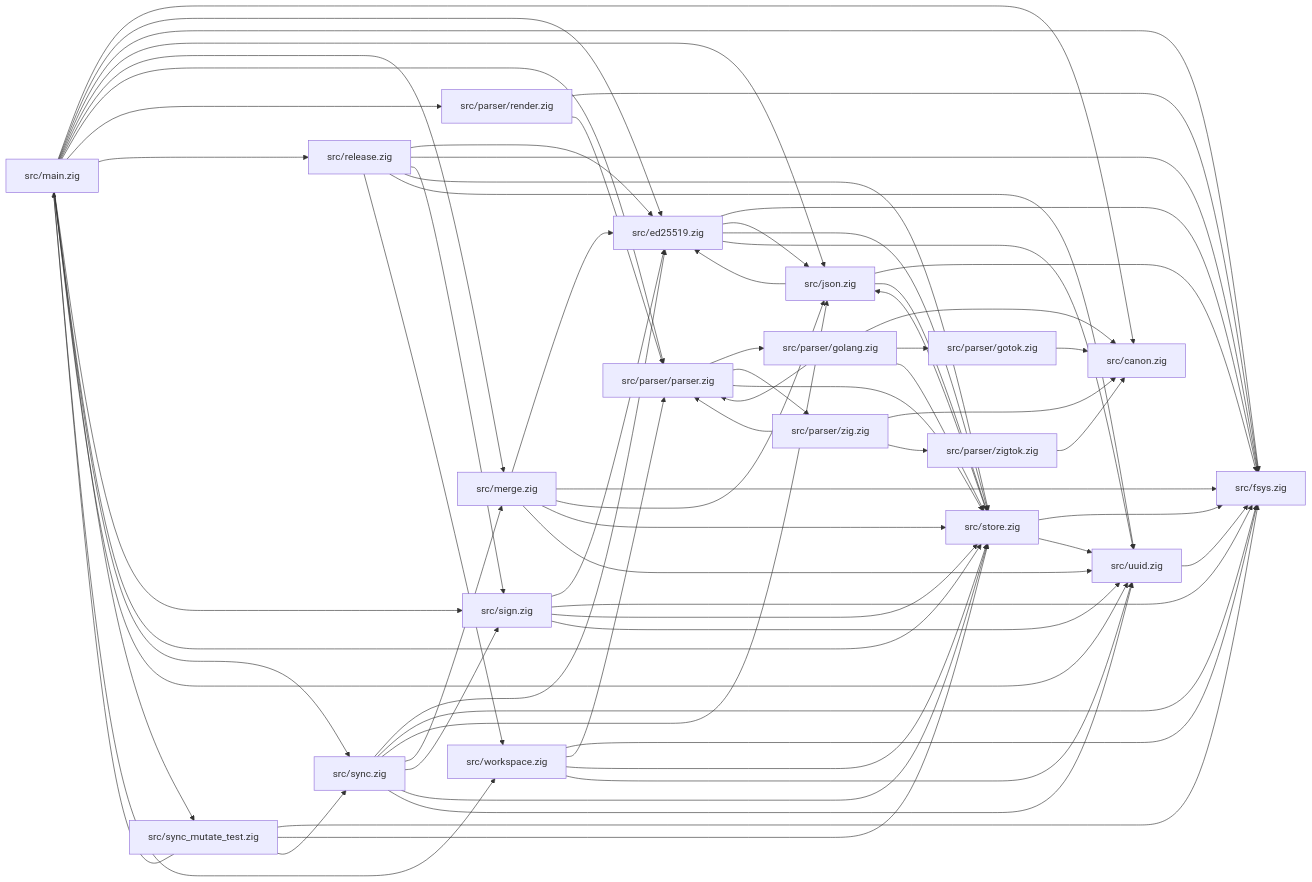
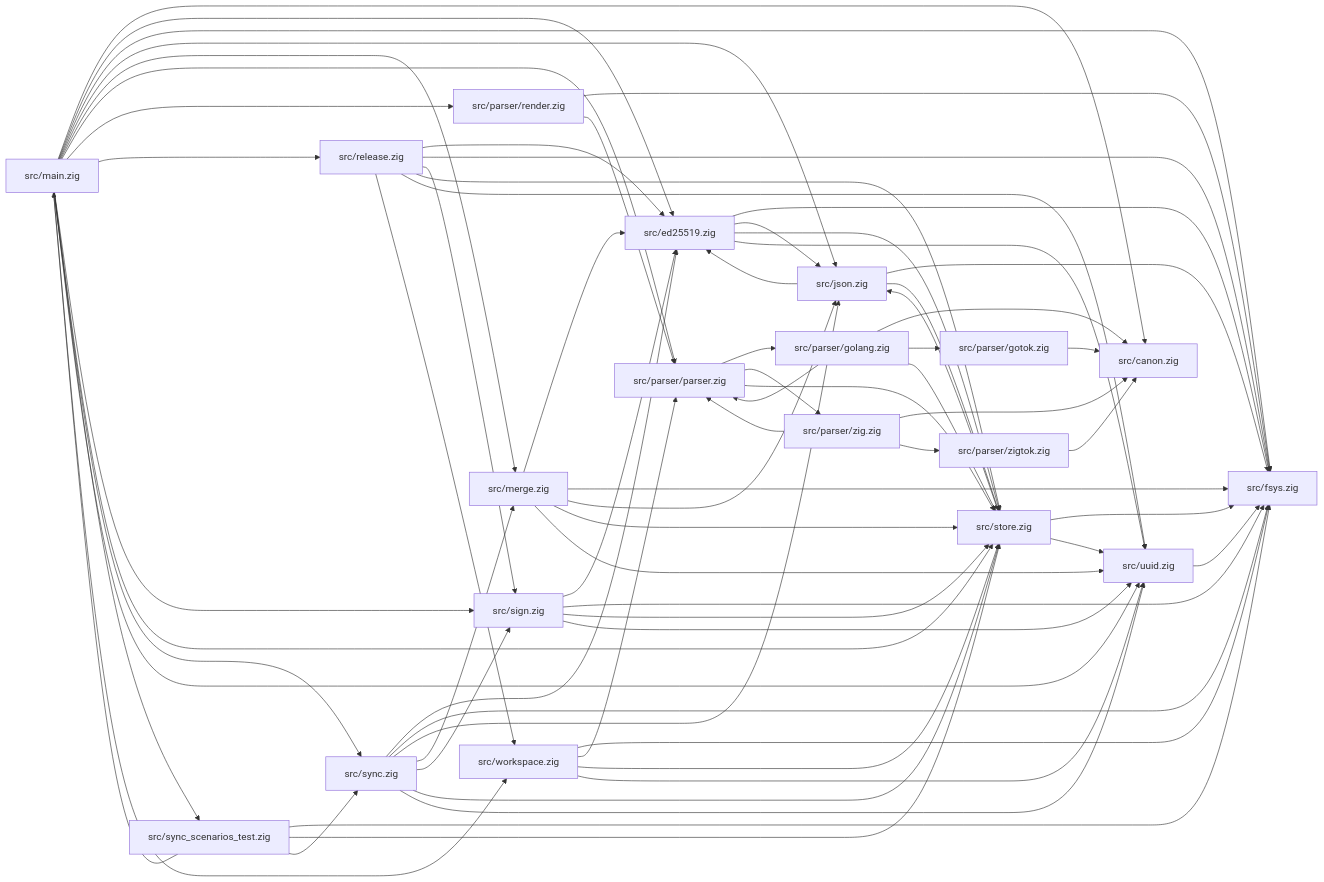
One commit to drawmeanelephant/flint-client changed the diagram in docs/module-map.md. Above: the diagram before and after it, drawn with Mermaid. The commit also changed 6 other files, not shown here.

````diff
--- a/docs/module-map.md
+++ b/docs/module-map.md
@@ -7,72 +7,72 @@
 ```mermaid
 flowchart LR
   src_ed25519_zig["src/ed25519.zig"] --> src_fsys_zig["src/fsys.zig"]
   src_ed25519_zig["src/ed25519.zig"] --> src_json_zig["src/json.zig"]
   src_ed25519_zig["src/ed25519.zig"] --> src_store_zig["src/store.zig"]
   src_ed25519_zig["src/ed25519.zig"] --> src_uuid_zig["src/uuid.zig"]
   src_json_zig["src/json.zig"] --> src_ed25519_zig["src/ed25519.zig"]
   src_json_zig["src/json.zig"] --> src_fsys_zig["src/fsys.zig"]
   src_json_zig["src/json.zig"] --> src_store_zig["src/store.zig"]
   src_main_zig["src/main.zig"] --> src_canon_zig["src/canon.zig"]
   src_main_zig["src/main.zig"] --> src_ed25519_zig["src/ed25519.zig"]
   src_main_zig["src/main.zig"] --> src_fsys_zig["src/fsys.zig"]
   src_main_zig["src/main.zig"] --> src_json_zig["src/json.zig"]
   src_main_zig["src/main.zig"] --> src_merge_zig["src/merge.zig"]
   src_main_zig["src/main.zig"] --> src_parser_parser_zig["src/parser/parser.zig"]
   src_main_zig["src/main.zig"] --> src_parser_render_zig["src/parser/render.zig"]
   src_main_zig["src/main.zig"] --> src_release_zig["src/release.zig"]
   src_main_zig["src/main.zig"] --> src_sign_zig["src/sign.zig"]
   src_main_zig["src/main.zig"] --> src_store_zig["src/store.zig"]
   src_main_zig["src/main.zig"] --> src_sync_zig["src/sync.zig"]
-  src_main_zig["src/main.zig"] --> src_sync_mutate_test_zig["src/sync_mutate_test.zig"]
+  src_main_zig["src/main.zig"] --> src_sync_scenarios_test_zig["src/sync_scenarios_test.zig"]
   src_main_zig["src/main.zig"] --> src_uuid_zig["src/uuid.zig"]
   src_main_zig["src/main.zig"] --> src_workspace_zig["src/workspace.zig"]
   src_merge_zig["src/merge.zig"] --> src_ed25519_zig["src/ed25519.zig"]
   src_merge_zig["src/merge.zig"] --> src_fsys_zig["src/fsys.zig"]
   src_merge_zig["src/merge.zig"] --> src_json_zig["src/json.zig"]
   src_merge_zig["src/merge.zig"] --> src_store_zig["src/store.zig"]
   src_merge_zig["src/merge.zig"] --> src_uuid_zig["src/uuid.zig"]
   src_parser_golang_zig["src/parser/golang.zig"] --> src_canon_zig["src/canon.zig"]
   src_parser_golang_zig["src/parser/golang.zig"] --> src_parser_gotok_zig["src/parser/gotok.zig"]
   src_parser_golang_zig["src/parser/golang.zig"] --> src_parser_parser_zig["src/parser/parser.zig"]
   src_parser_golang_zig["src/parser/golang.zig"] --> src_store_zig["src/store.zig"]
   src_parser_gotok_zig["src/parser/gotok.zig"] --> src_canon_zig["src/canon.zig"]
   src_parser_parser_zig["src/parser/parser.zig"] --> src_parser_golang_zig["src/parser/golang.zig"]
   src_parser_parser_zig["src/parser/parser.zig"] --> src_parser_zig_zig["src/parser/zig.zig"]
   src_parser_parser_zig["src/parser/parser.zig"] --> src_store_zig["src/store.zig"]
   src_parser_render_zig["src/parser/render.zig"] --> src_fsys_zig["src/fsys.zig"]
   src_parser_render_zig["src/parser/render.zig"] --> src_parser_parser_zig["src/parser/parser.zig"]
   src_parser_zig_zig["src/parser/zig.zig"] --> src_canon_zig["src/canon.zig"]
   src_parser_zig_zig["src/parser/zig.zig"] --> src_parser_parser_zig["src/parser/parser.zig"]
   src_parser_zig_zig["src/parser/zig.zig"] --> src_parser_zigtok_zig["src/parser/zigtok.zig"]
   src_parser_zigtok_zig["src/parser/zigtok.zig"] --> src_canon_zig["src/canon.zig"]
   src_release_zig["src/release.zig"] --> src_ed25519_zig["src/ed25519.zig"]
   src_release_zig["src/release.zig"] --> src_fsys_zig["src/fsys.zig"]
   src_release_zig["src/release.zig"] --> src_sign_zig["src/sign.zig"]
   src_release_zig["src/release.zig"] --> src_store_zig["src/store.zig"]
   src_release_zig["src/release.zig"] --> src_uuid_zig["src/uuid.zig"]
   src_release_zig["src/release.zig"] --> src_workspace_zig["src/workspace.zig"]
   src_sign_zig["src/sign.zig"] --> src_ed25519_zig["src/ed25519.zig"]
   src_sign_zig["src/sign.zig"] --> src_fsys_zig["src/fsys.zig"]
   src_sign_zig["src/sign.zig"] --> src_store_zig["src/store.zig"]
   src_sign_zig["src/sign.zig"] --> src_uuid_zig["src/uuid.zig"]
   src_store_zig["src/store.zig"] --> src_fsys_zig["src/fsys.zig"]
   src_store_zig["src/store.zig"] --> src_json_zig["src/json.zig"]
   src_store_zig["src/store.zig"] --> src_uuid_zig["src/uuid.zig"]
   src_sync_zig["src/sync.zig"] --> src_ed25519_zig["src/ed25519.zig"]
   src_sync_zig["src/sync.zig"] --> src_fsys_zig["src/fsys.zig"]
   src_sync_zig["src/sync.zig"] --> src_json_zig["src/json.zig"]
   src_sync_zig["src/sync.zig"] --> src_merge_zig["src/merge.zig"]
   src_sync_zig["src/sync.zig"] --> src_sign_zig["src/sign.zig"]
   src_sync_zig["src/sync.zig"] --> src_store_zig["src/store.zig"]
   src_sync_zig["src/sync.zig"] --> src_uuid_zig["src/uuid.zig"]
-  src_sync_mutate_test_zig["src/sync_mutate_test.zig"] --> src_fsys_zig["src/fsys.zig"]
-  src_sync_mutate_test_zig["src/sync_mutate_test.zig"] --> src_main_zig["src/main.zig"]
-  src_sync_mutate_test_zig["src/sync_mutate_test.zig"] --> src_store_zig["src/store.zig"]
-  src_sync_mutate_test_zig["src/sync_mutate_test.zig"] --> src_sync_zig["src/sync.zig"]
+  src_sync_scenarios_test_zig["src/sync_scenarios_test.zig"] --> src_fsys_zig["src/fsys.zig"]
+  src_sync_scenarios_test_zig["src/sync_scenarios_test.zig"] --> src_main_zig["src/main.zig"]
+  src_sync_scenarios_test_zig["src/sync_scenarios_test.zig"] --> src_store_zig["src/store.zig"]
+  src_sync_scenarios_test_zig["src/sync_scenarios_test.zig"] --> src_sync_zig["src/sync.zig"]
   src_uuid_zig["src/uuid.zig"] --> src_fsys_zig["src/fsys.zig"]
   src_workspace_zig["src/workspace.zig"] --> src_fsys_zig["src/fsys.zig"]
   src_workspace_zig["src/workspace.zig"] --> src_parser_parser_zig["src/parser/parser.zig"]
   src_workspace_zig["src/workspace.zig"] --> src_store_zig["src/store.zig"]
   src_workspace_zig["src/workspace.zig"] --> src_uuid_zig["src/uuid.zig"]
 ```
````
